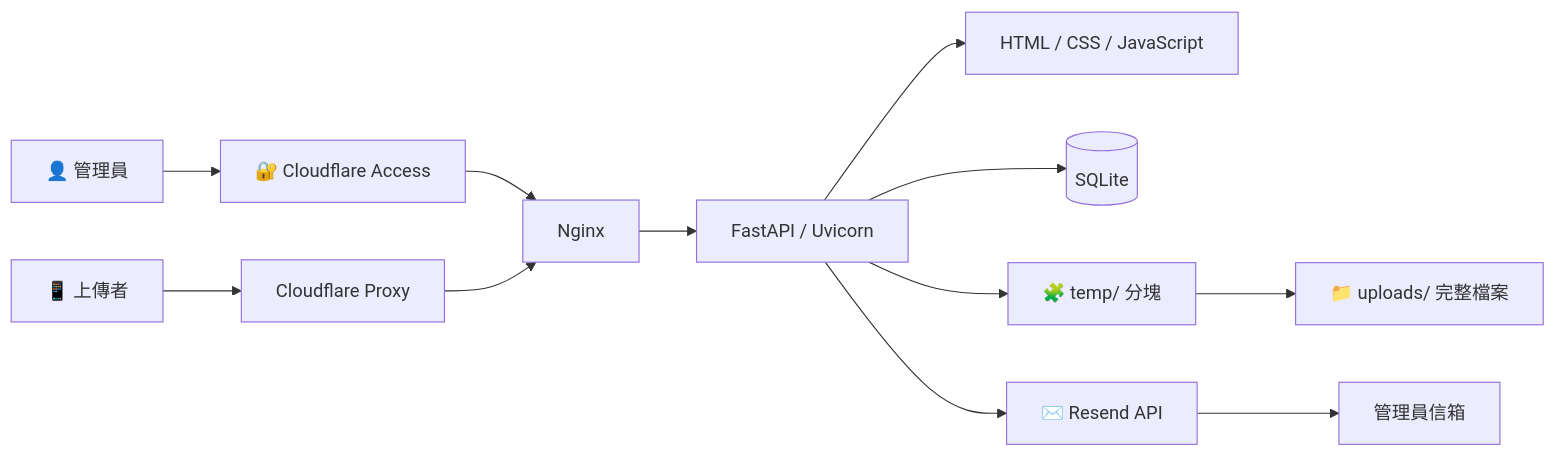
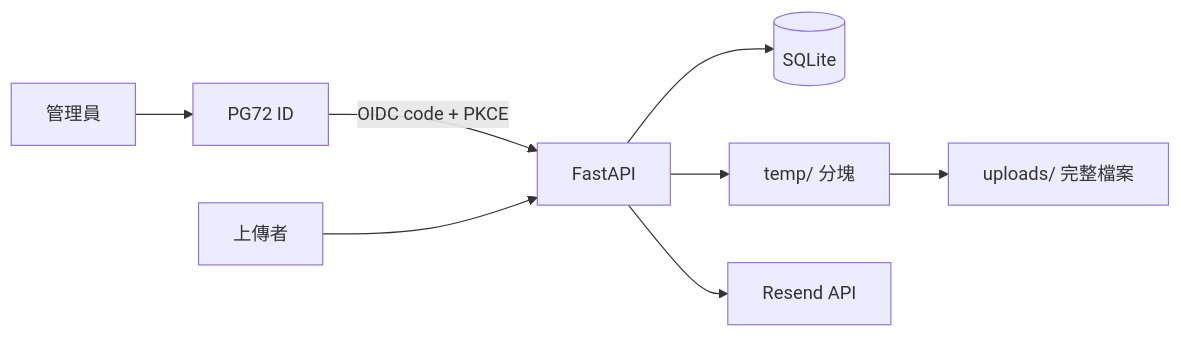
The diagram in README.md (PGpenguin72/upload.pg72.tw), drawn with Mermaid before and after one commit. The commit also changed other lines of this file and 1 other file, not shown here.

First line of the commit message:
docs: describe OIDC admin architecture and operations

````diff
--- a/README.md
+++ b/README.md
@@ -22,15 +23,10 @@
 ```mermaid
 flowchart LR
-    Admin["👤 管理員"] --> CF["🔐 Cloudflare Access"]
-    User["📱 上傳者"] --> CFProxy["Cloudflare Proxy"]
-    CF --> Proxy["Nginx"]
-    CFProxy --> Proxy
-    Proxy --> App["FastAPI / Uvicorn"]
-
-    App --> Static["HTML / CSS / JavaScript"]
+    Admin["管理員"] --> SSO["PG72 ID"]
+    SSO -->|"OIDC code + PKCE"| App["FastAPI"]
+    User["上傳者"] --> App
     App --> DB[("SQLite")]
-    App --> Temp["🧩 temp/ 分塊"]
-    Temp --> Files["📁 uploads/ 完整檔案"]
-    App --> Resend["✉️ Resend API"]
-    Resend --> Mailbox["管理員信箱"]
+    App --> Temp["temp/ 分塊"]
+    Temp --> Files["uploads/ 完整檔案"]
+    App --> Resend["Resend API"]
 ```
````
